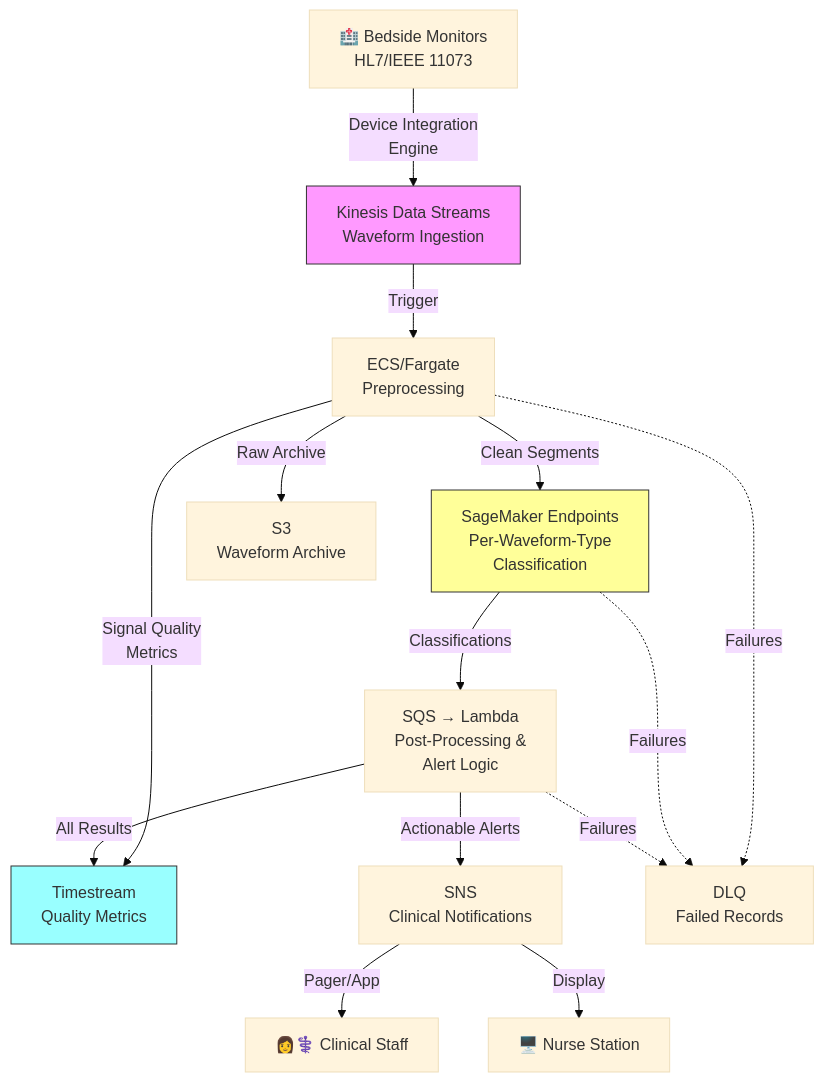
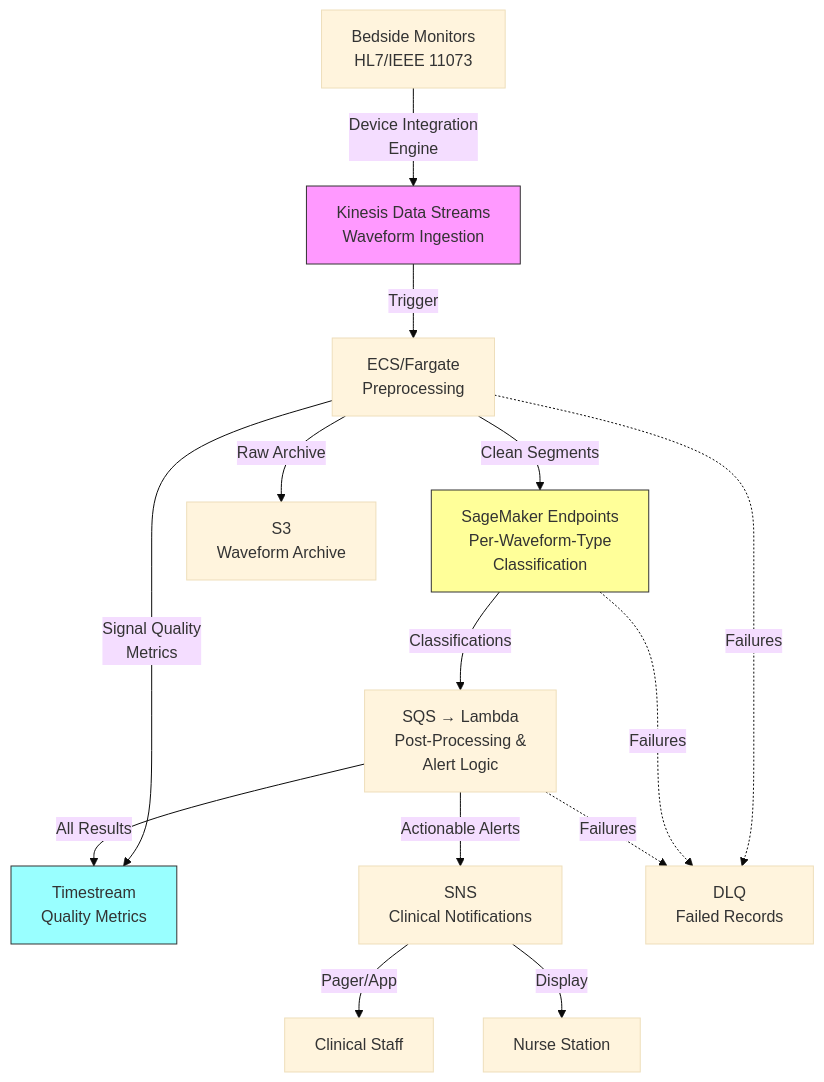
Before and after one commit to ccrngd1/HCLS-ai-book: the diagram in chapter12.10-architecture.md, drawn with Mermaid (base theme). The commit also changed other lines of this file and 515 other files, not shown here.

````diff
--- a/chapter12.10-architecture.md
+++ b/chapter12.10-architecture.md
@@ -25,20 +25,20 @@
 ```mermaid
 flowchart TD
-    A[🏥 Bedside Monitors\nHL7/IEEE 11073] -->|Device Integration\nEngine| B[Kinesis Data Streams\nWaveform Ingestion]
-    B -->|Trigger| C[ECS/Fargate\nPreprocessing]
-    C -->|Clean Segments| D[SageMaker Endpoints\nPer-Waveform-Type\nClassification]
-    C -->|Signal Quality\nMetrics| E[Timestream\nQuality Metrics]
-    C -->|Raw Archive| F[S3\nWaveform Archive]
-    D -->|Classifications| G[SQS → Lambda\nPost-Processing &\nAlert Logic]
-    G -->|Actionable Alerts| H[SNS\nClinical Notifications]
-    G -->|All Results| E
-    H -->|Pager/App| I[👩⚕️ Clinical Staff]
-    H -->|Display| J[🖥️ Nurse Station]
-    C -.->|Failures| K[DLQ\nFailed Records]
-    D -.->|Failures| K
-    G -.->|Failures| K
+ A[Bedside Monitors\nHL7/IEEE 11073] -->|Device Integration\nEngine| B[Kinesis Data Streams\nWaveform Ingestion]
+ B -->|Trigger| C[ECS/Fargate\nPreprocessing]
+ C -->|Clean Segments| D[SageMaker Endpoints\nPer-Waveform-Type\nClassification]
+ C -->|Signal Quality\nMetrics| E[Timestream\nQuality Metrics]
+ C -->|Raw Archive| F[S3\nWaveform Archive]
+ D -->|Classifications| G[SQS → Lambda\nPost-Processing &\nAlert Logic]
+ G -->|Actionable Alerts| H[SNS\nClinical Notifications]
+ G -->|All Results| E
+ H -->|Pager/App| I[Clinical Staff]
+ H -->|Display| J[Nurse Station]
+ C -.->|Failures| K[DLQ\nFailed Records]
+ D -.->|Failures| K
+ G -.->|Failures| K
 
-    style B fill:#f9f,stroke:#333
-    style D fill:#ff9,stroke:#333
-    style E fill:#9ff,stroke:#333
+ style B fill:#f9f,stroke:#333
+ style D fill:#ff9,stroke:#333
+ style E fill:#9ff,stroke:#333
 ```
````
